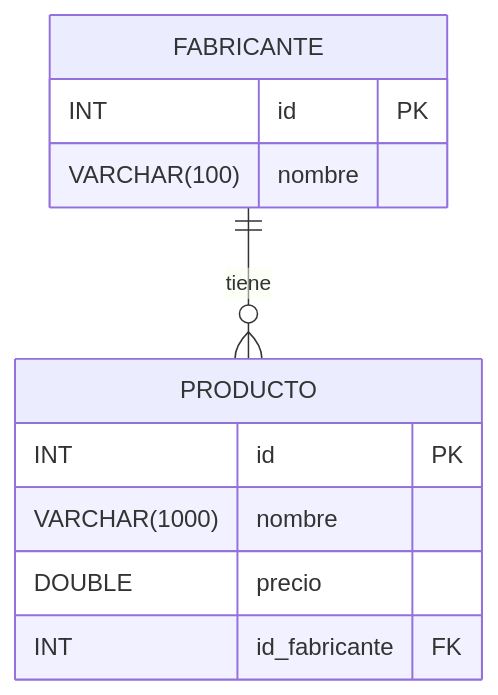
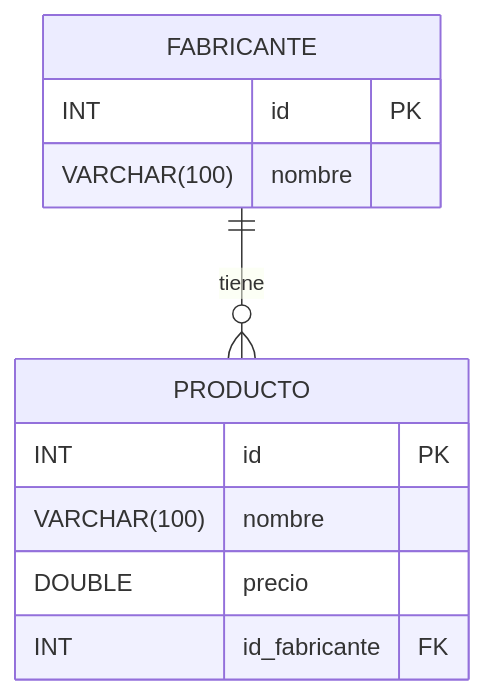
The diagram in SQL/informatica.MD (dgmx/www), drawn with Mermaid before and after one commit. The commit also changed 1 other file, not shown here.

Commit message:
Cambios Gestion Departamentos

````diff
--- a/SQL/informatica.MD
+++ b/SQL/informatica.MD
@@ -8,16 +8,16 @@
 ```mermaid
 erDiagram
 
     FABRICANTE ||--o{ PRODUCTO : tiene
     FABRICANTE {
         INT id PK
         VARCHAR(100) nombre
     }
     PRODUCTO {
         INT id PK
-        VARCHAR(1000) nombre
+        VARCHAR(100) nombre
         DOUBLE precio
         INT id_fabricante FK
     }
 
 ```
````
